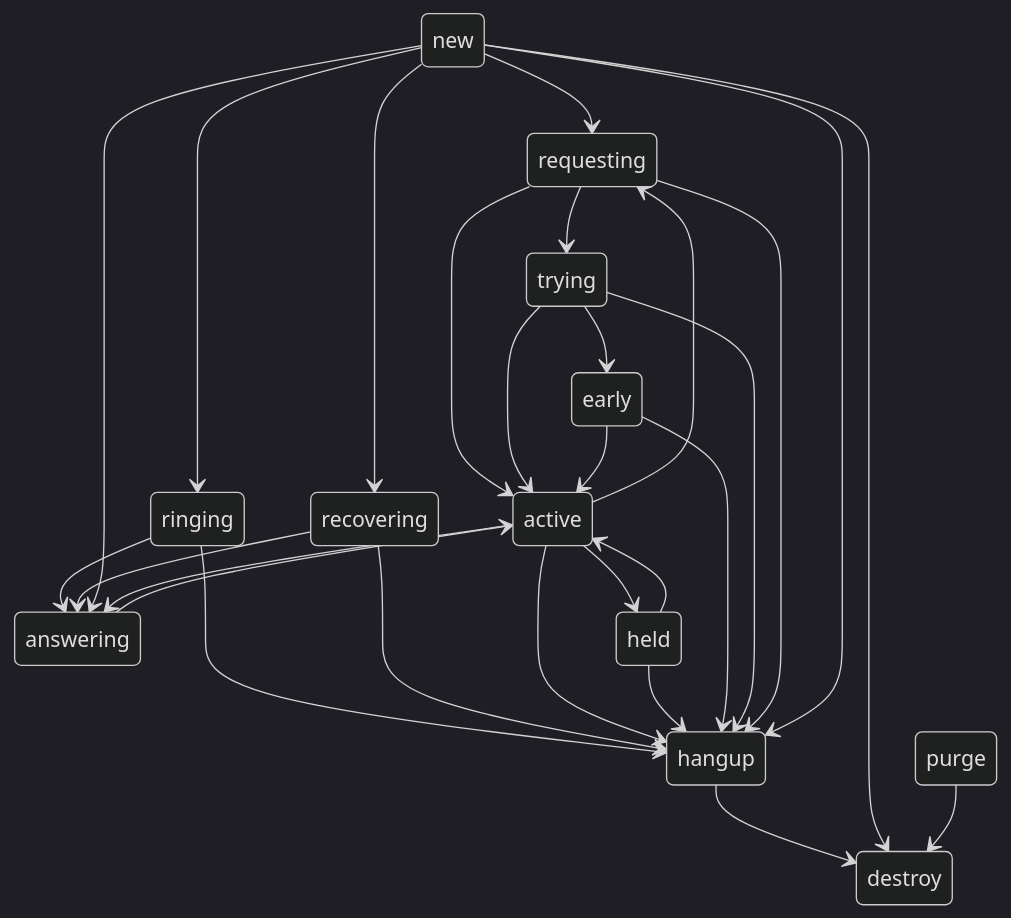
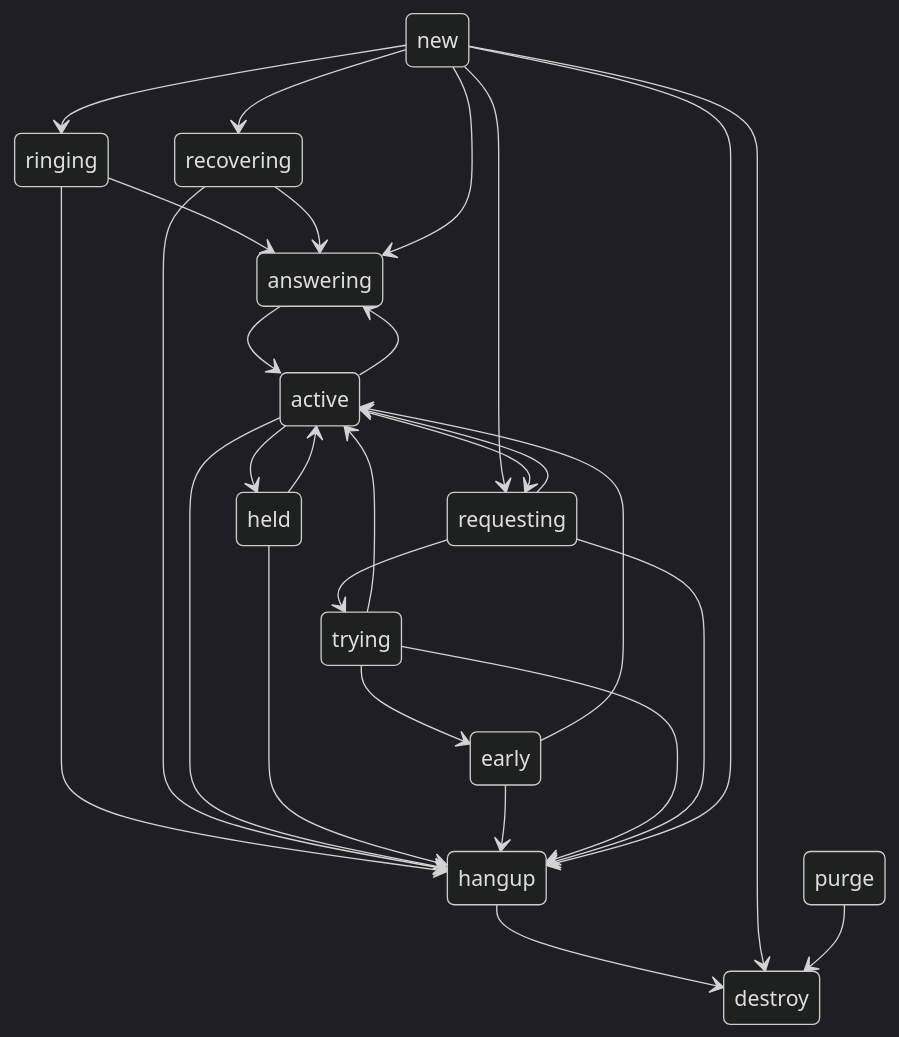
Before and after one commit to bjenning04/foam: the fourth of 4 diagrams in verto-design.md, drawn with Mermaid (dark theme).

Commit message:
May 4, 2026, 5:40 PM

````diff
--- a/verto-design.md
+++ b/verto-design.md
@@ -318,37 +318,36 @@
 ```mermaid
 stateDiagram
+    new --> ringing
+    new --> recovering
     new --> requesting
+    requesting --> trying
     active --> requesting
 
-    requesting --> trying
-
-    new --> ringing
-    new --> recovering
     trying --> early
 
     answering --> active
     requesting --> active
     trying --> active
     early --> active
     held --> active
 
     ringing --> answering
     recovering --> answering
     new --> answering
     active --> answering
 
     active --> held
 
     ringing --> hangup
     recovering --> hangup
     active --> hangup
     held --> hangup
     early --> hangup
     trying --> hangup
     requesting --> hangup
     new --> hangup
 
     hangup --> destroy
     new --> destroy
     purge --> destroy
 ```
````
